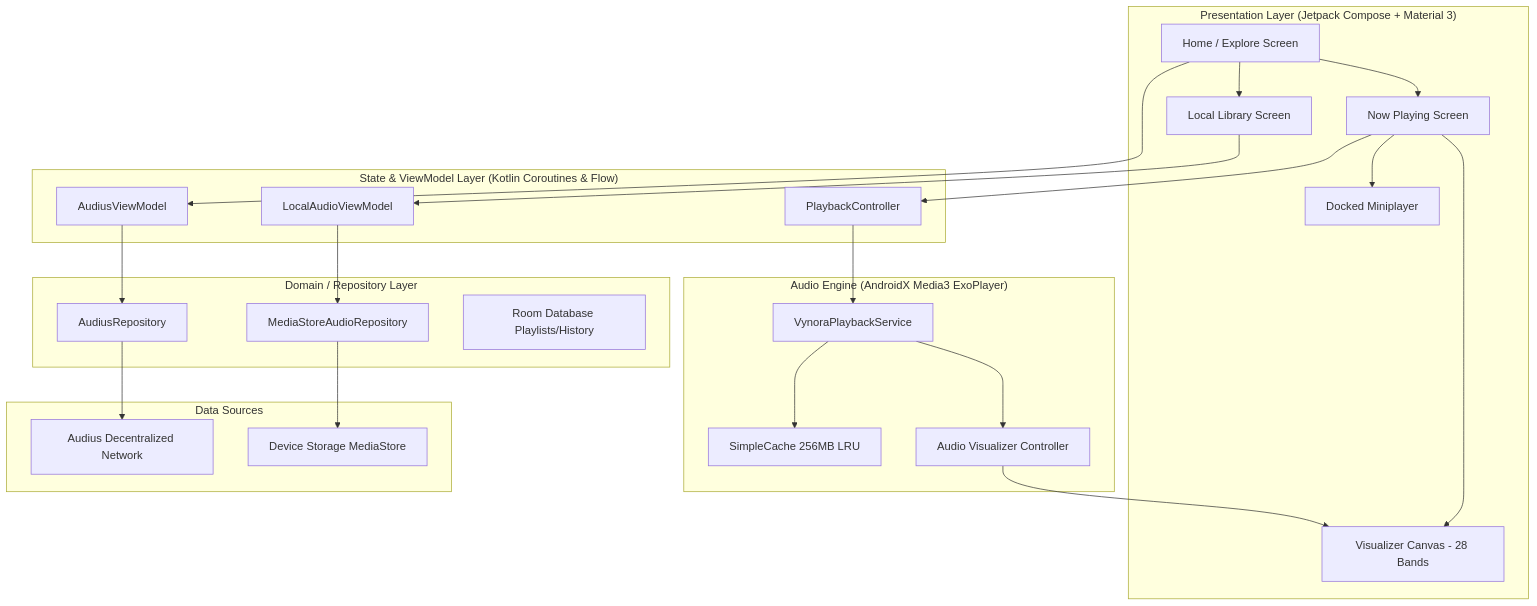
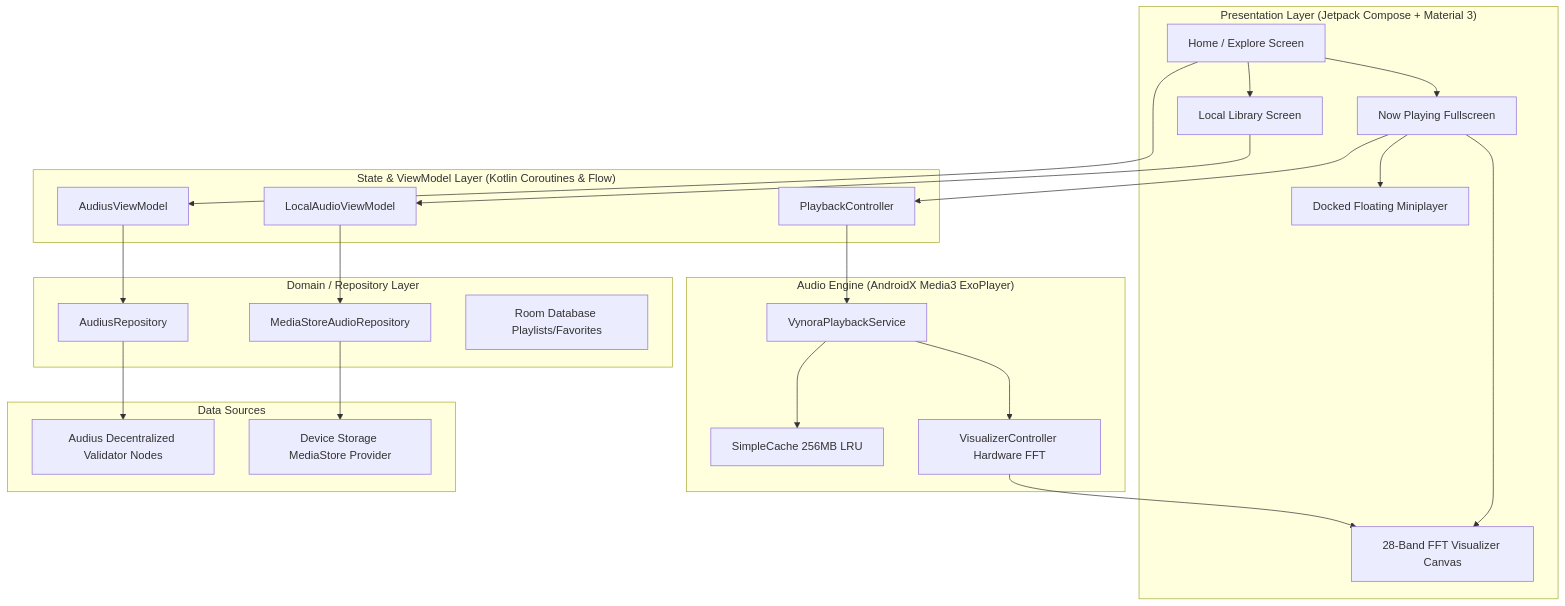
One commit to CodeByArnob/Vynora changed the diagram in README.md. Above: the diagram before and after it, drawn with Mermaid. The commit also changed other lines of this file and 5 other files, not shown here.

Commit message:
docs(architecture): remove synthetic mock SVGs, showcase authentic screenshots & add senior contributor roadmap

````diff
--- a/README.md
+++ b/README.md
@@ -151,44 +124,44 @@
 ```mermaid
 flowchart TD
     subgraph UI_Layer ["Presentation Layer (Jetpack Compose + Material 3)"]
-        A[Home / Explore Screen] --> B[Now Playing Screen]
+        A[Home / Explore Screen] --> B[Now Playing Fullscreen]
         A --> C[Local Library Screen]
-        B --> D[Visualizer Canvas - 28 Bands]
-        B --> E[Docked Miniplayer]
+        B --> D[28-Band FFT Visualizer Canvas]
+        B --> E[Docked Floating Miniplayer]
     end
 
-    subgraph ViewModel_Layer ["State & ViewModel Layer (Kotlin Coroutines & Flow)"]
+    subgraph VM_Layer ["State & ViewModel Layer (Kotlin Coroutines & Flow)"]
         F[AudiusViewModel]
         G[LocalAudioViewModel]
         H[PlaybackController]
     end
 
     subgraph Domain_Layer ["Domain / Repository Layer"]
         I[AudiusRepository]
         J[MediaStoreAudioRepository]
-        K[Room Database Playlists/History]
+        K[Room Database Playlists/Favorites]
     end
 
-    subgraph Audio_Engine ["Audio Engine (AndroidX Media3 ExoPlayer)"]
+    subgraph Engine_Layer ["Audio Engine (AndroidX Media3 ExoPlayer)"]
         L[VynoraPlaybackService]
         M[SimpleCache 256MB LRU]
-        N[Audio Visualizer Controller]
+        N[VisualizerController Hardware FFT]
     end
 
-    subgraph Data_Sources ["Data Sources"]
-        O[Audius Decentralized Network]
-        P[Device Storage MediaStore]
+    subgraph Data_Layer ["Data Sources"]
+        O[Audius Decentralized Validator Nodes]
+        P[Device Storage MediaStore Provider]
     end
 
     A --> F
     C --> G
     B --> H
     F --> I
     G --> J
     I --> O
     J --> P
     H --> L
     L --> M
     L --> N
     N --> D
 ```
````
